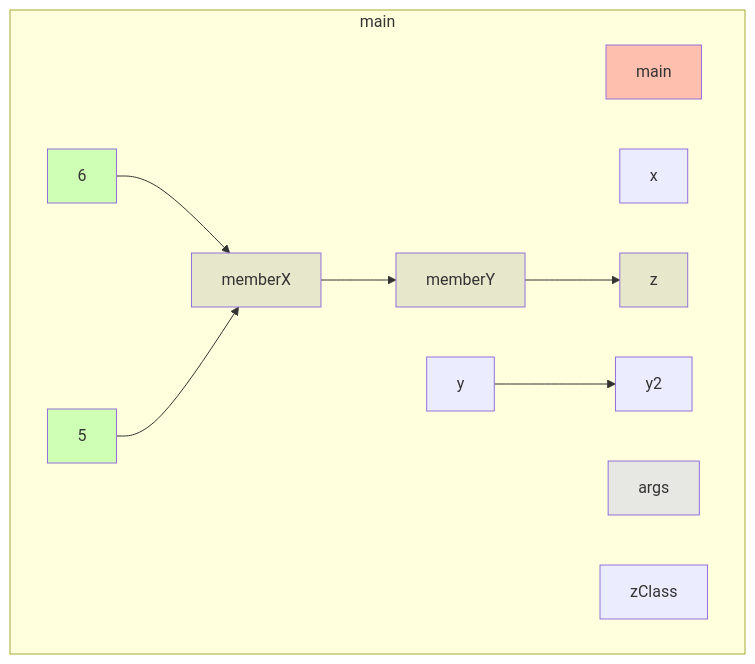
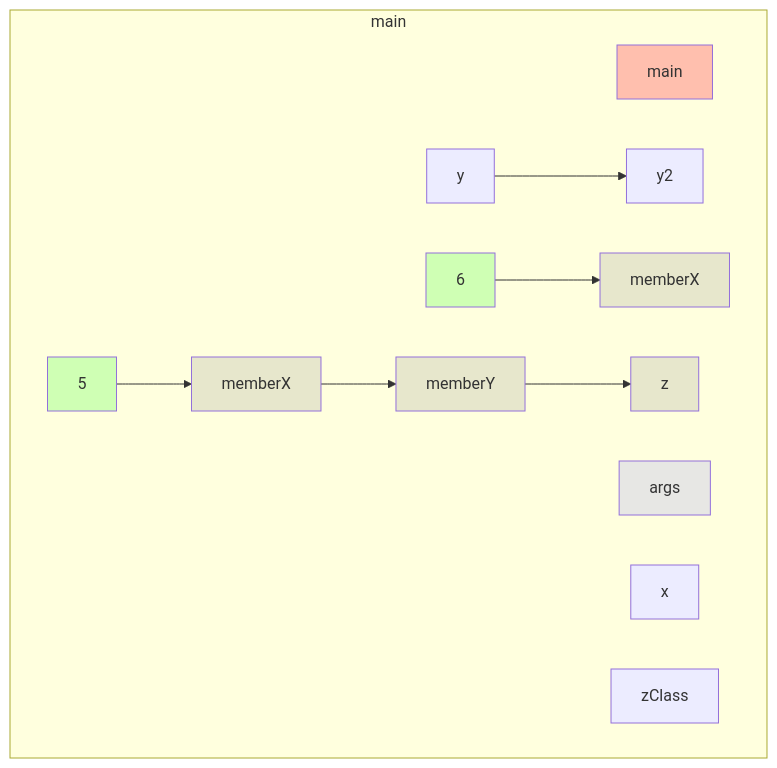
One commit to gstiebler/codeflow changed the diagram in app/src/test/resources/files/truth.md. Above: the diagram before and after it, drawn with Mermaid. The commit also changed 22 other files, not shown here.

````diff
--- a/app/src/test/resources/files/truth.md
+++ b/app/src/test/resources/files/truth.md
@@ -1,28 +1,28 @@
 ```mermaid
 flowchart TD
-  subgraph 4309014["main"]
-    -11739945406[zClass]:::OBJ_VARIABLE
-    56853577[main]:::RETURN
-    789346967[x]:::OBJ_VARIABLE
-    789376936[y]:::OBJ_VARIABLE
-    789463220[6]:::LITERAL
-    789490882[5]:::LITERAL
-    789552596[z]:::VARIABLE
-    789587455[y2]:::OBJ_VARIABLE
-    840323043[args]:::FUNC_PARAM
-    16130999090[memberX]:::VARIABLE
-    16130999090[memberX]:::VARIABLE
-    16130999107[memberY]:::VARIABLE
-    789376936[y]:::OBJ_VARIABLE --> 789587455[y2]:::OBJ_VARIABLE
-    789463220[6]:::LITERAL --> 16130999090[memberX]:::VARIABLE
-    789490882[5]:::LITERAL --> 16130999090[memberX]:::VARIABLE
-    16130999090[memberX]:::VARIABLE --> 16130999107[memberY]:::VARIABLE
-    16130999107[memberY]:::VARIABLE --> 789552596[z]:::VARIABLE
+  subgraph b0["main"]
+    n1[main]:::RETURN
+    n2[args]:::FUNC_PARAM
+    n3[x]:::OBJ_VARIABLE
+    n4[y]:::OBJ_VARIABLE
+    n5[zClass]:::OBJ_VARIABLE
+    n6[memberX]:::VARIABLE
+    n7[6]:::LITERAL
+    n8[memberX]:::VARIABLE
+    n9[5]:::LITERAL
+    n10[memberY]:::VARIABLE
+    n11[y2]:::OBJ_VARIABLE
+    n12[z]:::VARIABLE
+    n4[y]:::OBJ_VARIABLE --> n11[y2]:::OBJ_VARIABLE
+    n7[6]:::LITERAL --> n6[memberX]:::VARIABLE
+    n8[memberX]:::VARIABLE --> n10[memberY]:::VARIABLE
+    n9[5]:::LITERAL --> n8[memberX]:::VARIABLE
+    n10[memberY]:::VARIABLE --> n12[z]:::VARIABLE
   end
   classDef LITERAL fill:#00FF0030
   classDef VARIABLE fill:#80808030
   classDef BIN_OP fill:#80808080
   classDef FUNC_PARAM fill:#8080FF30
   classDef RETURN fill:#FF808080
   classDef EXTERNAL fill:#FFA50040
 ```
````
